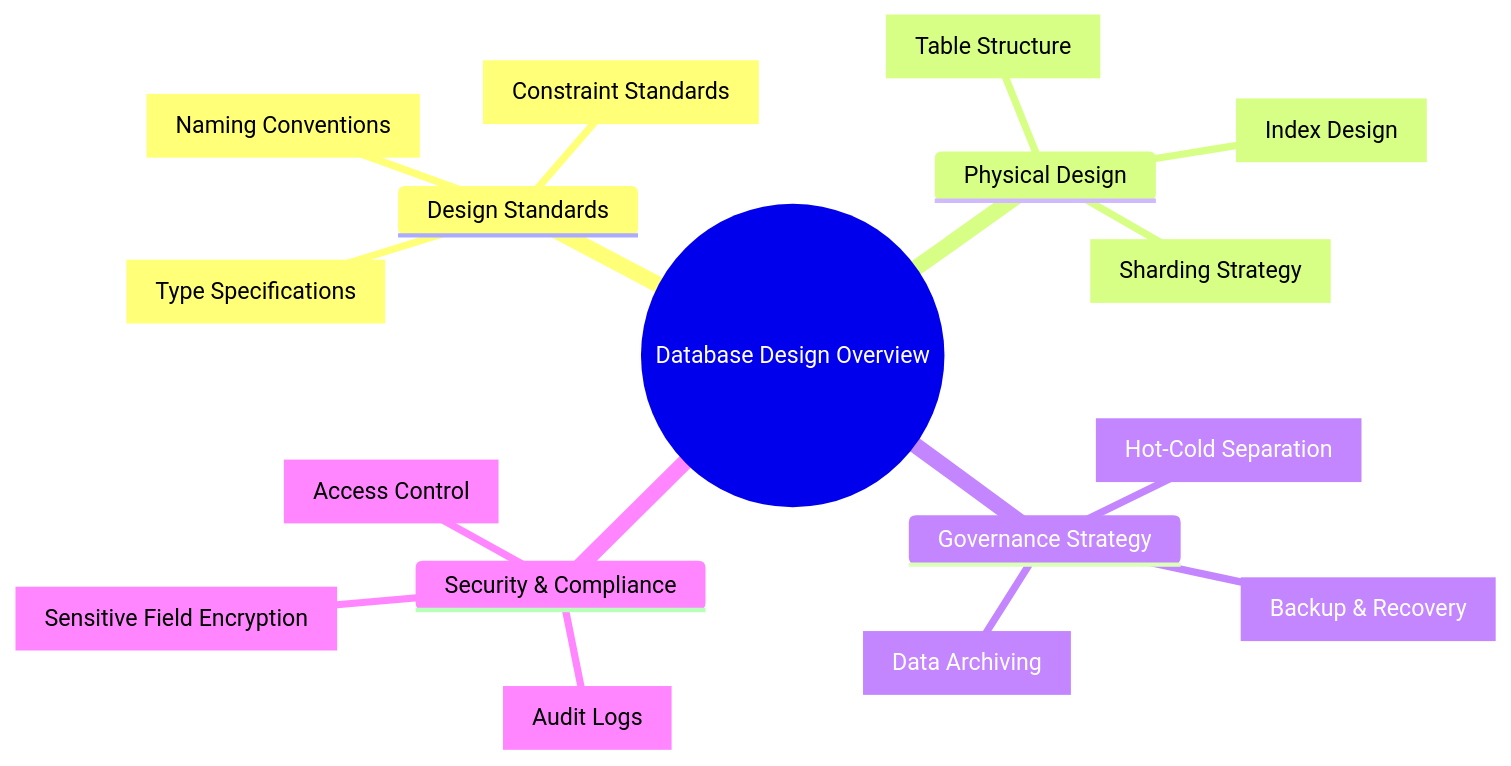
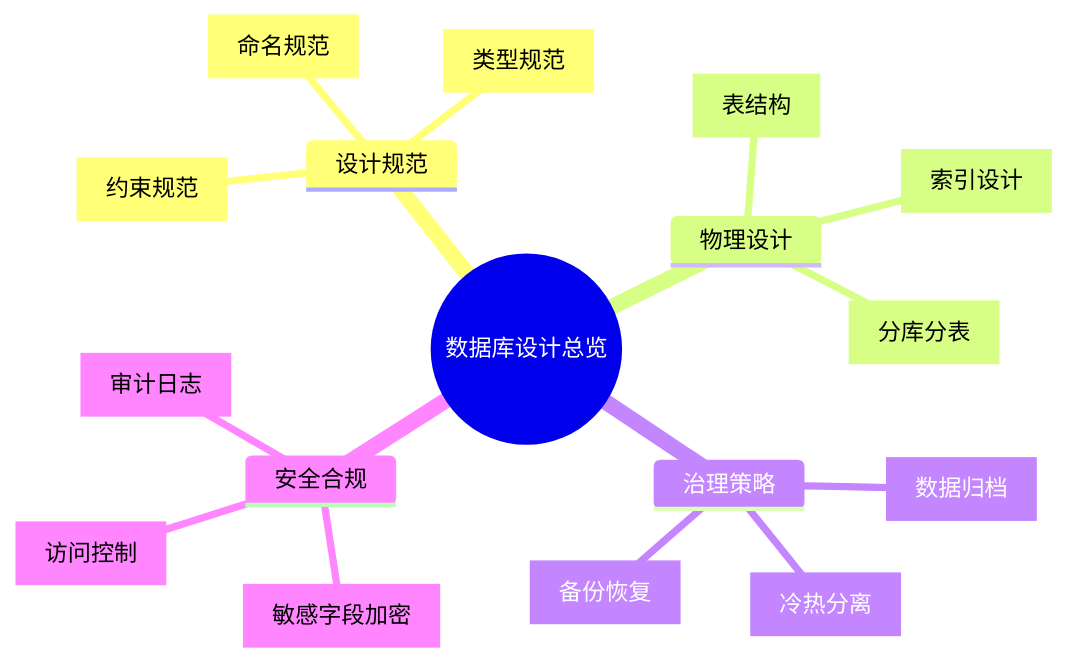
The first of 11 diagrams in templates/Product/Technology/Template-DB-Design.md (Kirky-X/cangjie), drawn with Mermaid before and after one commit. The commit also changed other lines of this file and 33 other files, not shown here.

````diff
--- a/templates/Product/Technology/Template-DB-Design.md
+++ b/templates/Product/Technology/Template-DB-Design.md
@@ -74,20 +74,20 @@
 ```mermaid
 mindmap
-  root((Database Design Overview))
-    Design Standards
-      [Naming Conventions]
-      [Type Specifications]
-      [Constraint Standards]
-    Physical Design
-      [Table Structure]
-      [Index Design]
-      [Sharding Strategy]
-    Governance Strategy
-      [Data Archiving]
-      [Hot-Cold Separation]
-      [Backup & Recovery]
-    Security & Compliance
-      [Sensitive Field Encryption]
-      [Access Control]
-      [Audit Logs]
+  root((数据库设计总览))
+    设计规范
+      [命名规范]
+      [类型规范]
+      [约束规范]
+    物理设计
+      [表结构]
+      [索引设计]
+      [分库分表]
+    治理策略
+      [数据归档]
+      [冷热分离]
+      [备份恢复]
+    安全合规
+      [敏感字段加密]
+      [访问控制]
+      [审计日志]
 ```
````
